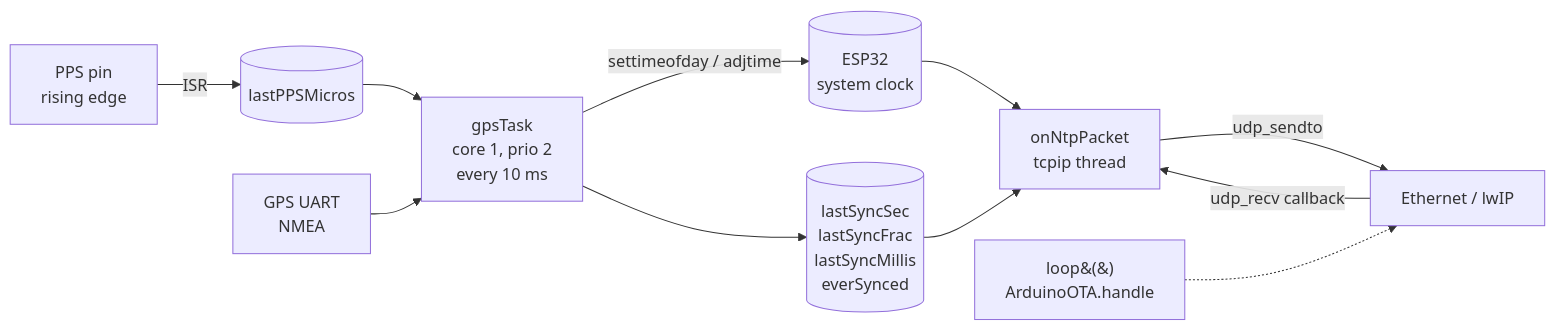
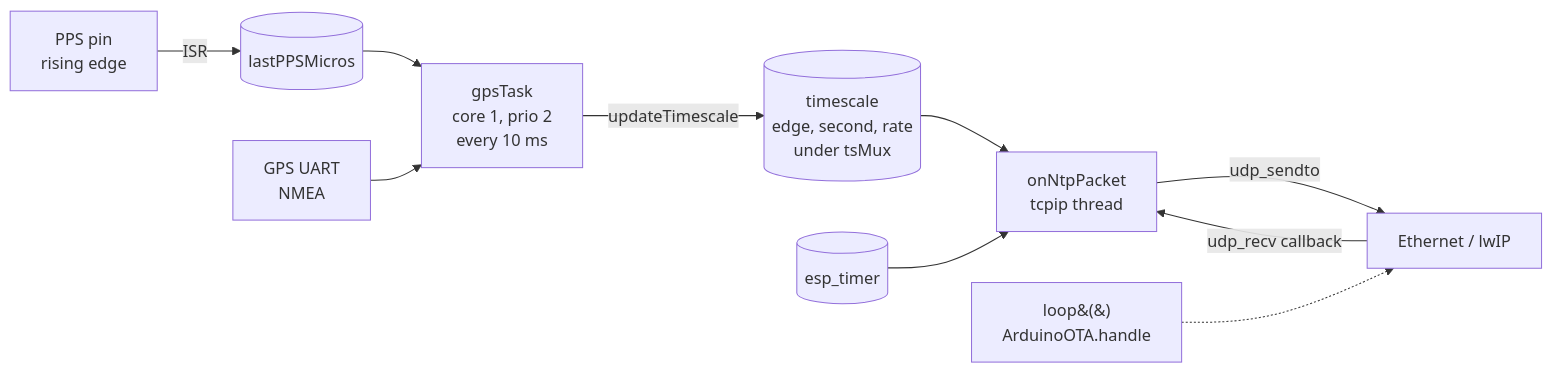
One commit to SensorsIot/NTP-Server-with-GPS changed the diagram in docs/PPS_Newapproach_V4-design.md. Above: the diagram before and after it, drawn with Mermaid. The commit also changed other lines of this file and 3 other files, not shown here.

Commit message:
Don't use the ESP32 system clock

````diff
--- a/docs/PPS_Newapproach_V4-design.md
+++ b/docs/PPS_Newapproach_V4-design.md
@@ -41,13 +43,12 @@
 ```mermaid
 flowchart LR
     PPS[PPS pin<br/>rising edge] -->|ISR| LP[(lastPPSMicros)]
     UART[GPS UART<br/>NMEA] --> GT
     LP --> GT[gpsTask<br/>core 1, prio 2<br/>every 10 ms]
-    GT -->|settimeofday / adjtime| CLK[(ESP32<br/>system clock)]
-    GT --> REF[(lastSyncSec<br/>lastSyncFrac<br/>lastSyncMillis<br/>everSynced)]
+    GT -->|updateTimescale| TS[(timescale<br/>edge, second, rate<br/>under tsMux)]
+    TIMER[(esp_timer)] --> CB
     NET[Ethernet / lwIP] -->|udp_recv callback| CB[onNtpPacket<br/>tcpip thread]
-    CLK --> CB
-    REF --> CB
+    TS --> CB
     CB -->|udp_sendto| NET
     LOOP[loop&#40;&#41;<br/>ArduinoOTA.handle] -.-> NET
 ```
````
